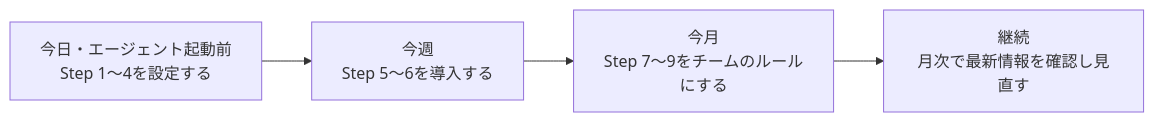
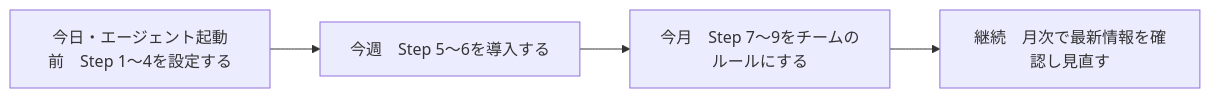
The ninth of 9 diagrams in Ai-coding-safety-guide.md (myoshi2891/Security_Studies), drawn with Mermaid before and after one commit. The commit also changed other lines of this file, not shown here.

Commit message:
docs(ai-coding): replace br tags with fullwidth spaces in mermaid diagrams

````diff
--- a/Ai-coding-safety-guide.md
+++ b/Ai-coding-safety-guide.md
@@ -944,6 +944,6 @@
 ```mermaid
 flowchart LR
-    A["今日・エージェント起動前<br/>Step 1〜4を設定する"] --> B["今週<br/>Step 5〜6を導入する"]
-    B --> C["今月<br/>Step 7〜9をチームのルールにする"]
-    C --> D["継続<br/>月次で最新情報を確認し見直す"]
+    A["今日・エージェント起動前　Step 1〜4を設定する"] --> B["今週　Step 5〜6を導入する"]
+    B --> C["今月　Step 7〜9をチームのルールにする"]
+    C --> D["継続　月次で最新情報を確認し見直す"]
 ```
````
